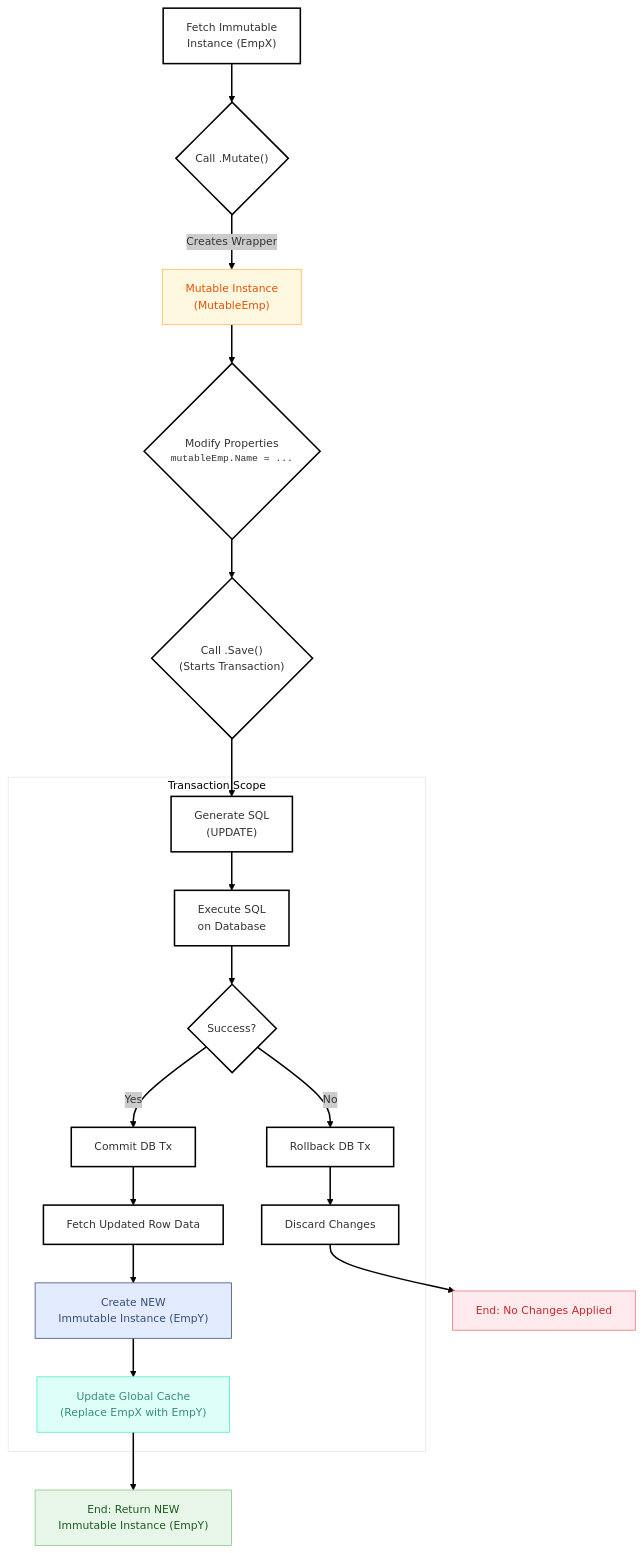
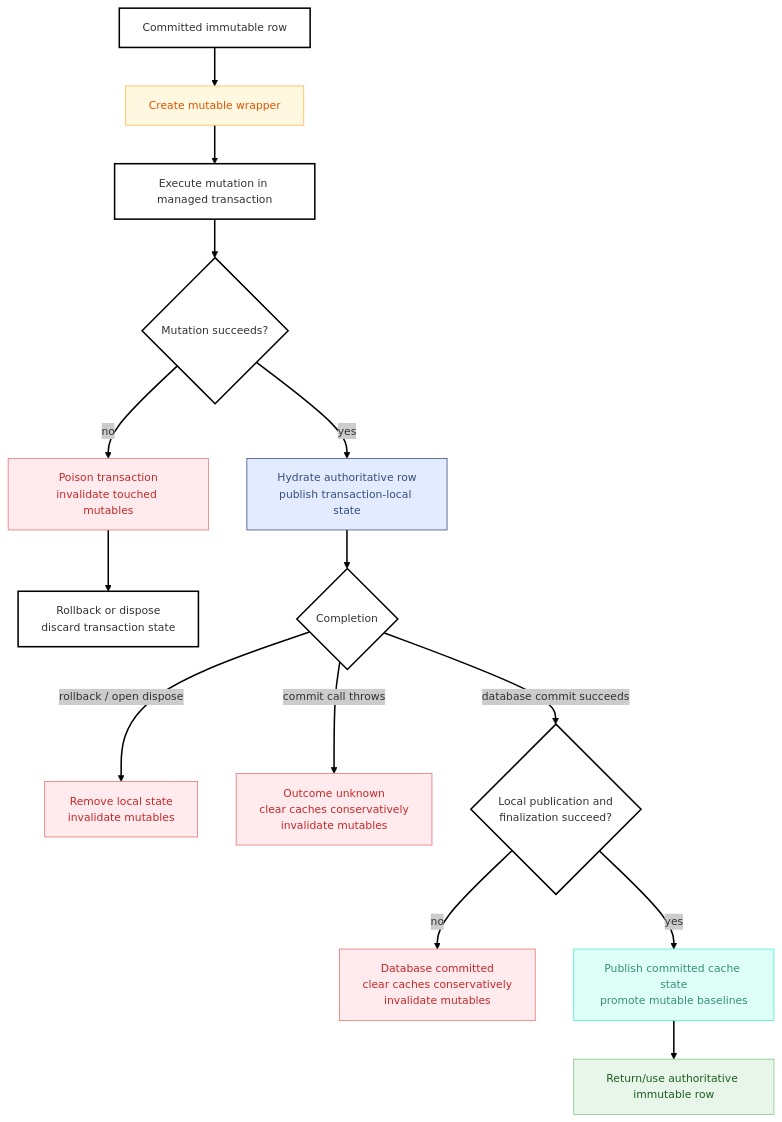
One commit to bazer/DataLinq changed the second of 2 diagrams in docs/Caching and Mutation.md. Above: the diagram before and after it, drawn with Mermaid. The commit also changed other lines of this file and 32 other files, not shown here.

````diff
--- a/docs/Caching and Mutation.md
+++ b/docs/Caching and Mutation.md
@@ -183,34 +183,28 @@
 ```mermaid
 ---
 config:
   theme: neo
   look: classic
 ---
 flowchart TD
-    A["Fetch Immutable<br/>Instance (EmpX)"] --> B{"Call .Mutate()"}
-    B -- Creates Wrapper --> C["Mutable Instance<br/>(MutableEmp)"]:::MutateStyle
-    C --> D{"Modify Properties<br/><div style='font-family:monospace; font-size:0.9em;'>mutableEmp.Name = ...</div>"}
-    D --> E{"Call .Save()<br/>(Starts Transaction)"}
-
-    subgraph "Transaction Scope"
-        F["Generate SQL<br/>(UPDATE)"] --> G["Execute SQL<br/>on Database"]
-        G --> H{"Success?"}
-        H -- Yes --> I["Commit DB Tx"]
-        I --> J["Fetch Updated Row Data"]
-        J --> K["Create NEW<br/>Immutable Instance (EmpY)"]:::Sky
-        K --> L["Update Global Cache<br/>(Replace EmpX with EmpY)"]:::Aqua
-        H -- No --> M["Rollback DB Tx"]
-        M --> N["Discard Changes"]
-    end
-
-    E --> F
-    L --> O["End: Return NEW<br/>Immutable Instance (EmpY)"]:::SuccessStyle
-    N --> P["End: No Changes Applied"]:::ErrorStyle
+    A["Committed immutable row"] --> B["Create mutable wrapper"]:::MutateStyle
+    B --> C["Execute mutation in managed transaction"]
+    C --> D{"Mutation succeeds?"}
+    D -- "no" --> E["Poison transaction<br/>invalidate touched mutables"]:::ErrorStyle
+    E --> F["Rollback or dispose<br/>discard transaction state"]
+    D -- "yes" --> G["Hydrate authoritative row<br/>publish transaction-local state"]:::Sky
+    G --> H{"Completion"}
+    H -- "rollback / open dispose" --> I["Remove local state<br/>invalidate mutables"]:::ErrorStyle
+    H -- "commit call throws" --> J["Outcome unknown<br/>clear caches conservatively<br/>invalidate mutables"]:::ErrorStyle
+    H -- "database commit succeeds" --> K{"Local publication and<br/>finalization succeed?"}
+    K -- "no" --> L["Database committed<br/>clear caches conservatively<br/>invalidate mutables"]:::ErrorStyle
+    K -- "yes" --> M["Publish committed cache state<br/>promote mutable baselines"]:::Aqua
+    M --> N["Return/use authoritative immutable row"]:::SuccessStyle
 
     classDef Aqua stroke-width:1px, stroke:#46EDC8, fill:#DEFFF8, color:#378E7A
     classDef Sky stroke-width:1px, stroke:#374D7C, fill:#E2EBFF, color:#374D7C
     classDef MutateStyle stroke-width:1px, stroke:#FFB74D, fill:#FFF8E1, color:#E65100
     classDef ErrorStyle stroke-width:1px, stroke:#E57373, fill:#FFEBEE, color:#C62828
     classDef SuccessStyle stroke-width:1px, stroke:#81C784, fill:#E8F5E9, color:#1B5E20
     linkStyle default stroke:#000000
 ```
````
